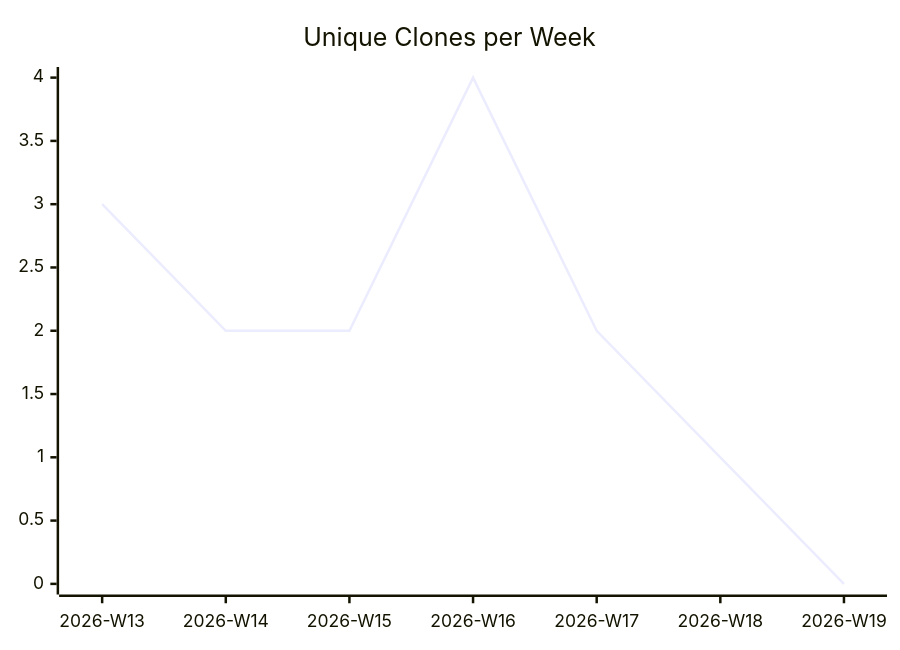
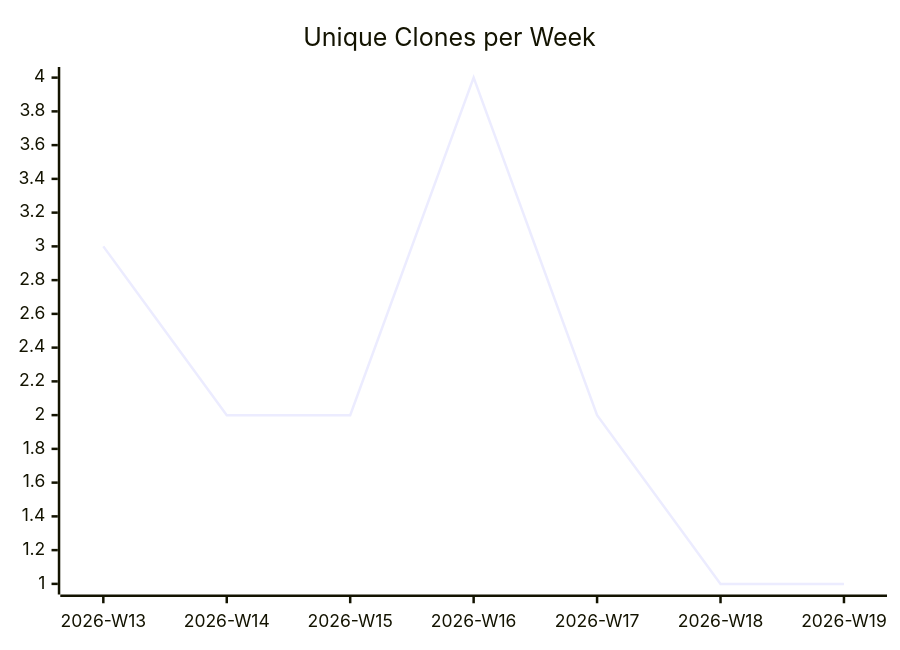
Before and after one commit to justdavis-family/github-analytics-data: the third of 3 diagrams in karlmdavis/ansible-role-rcm-dotfiles/README.md, drawn with Mermaid. The commit also changed other lines of this file and 187 other files, not shown here.

````diff
--- a/karlmdavis/ansible-role-rcm-dotfiles/README.md
+++ b/karlmdavis/ansible-role-rcm-dotfiles/README.md
@@ -19,6 +19,6 @@
 ```mermaid
 xychart-beta
   title "Unique Clones per Week"
   x-axis ["2026-W13", "2026-W14", "2026-W15", "2026-W16", "2026-W17", "2026-W18", "2026-W19"]
-  line [3, 2, 2, 4, 2, 1, 0]
+  line [3, 2, 2, 4, 2, 1, 1]
 ```
````
